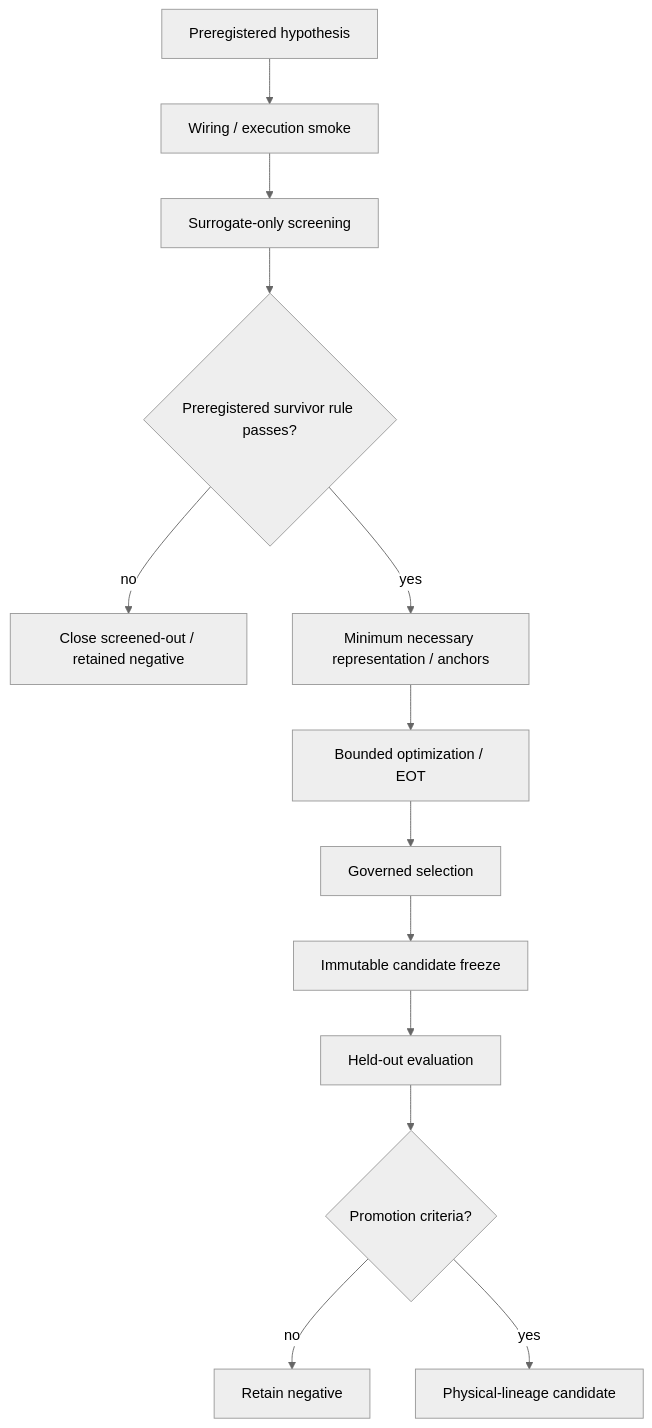
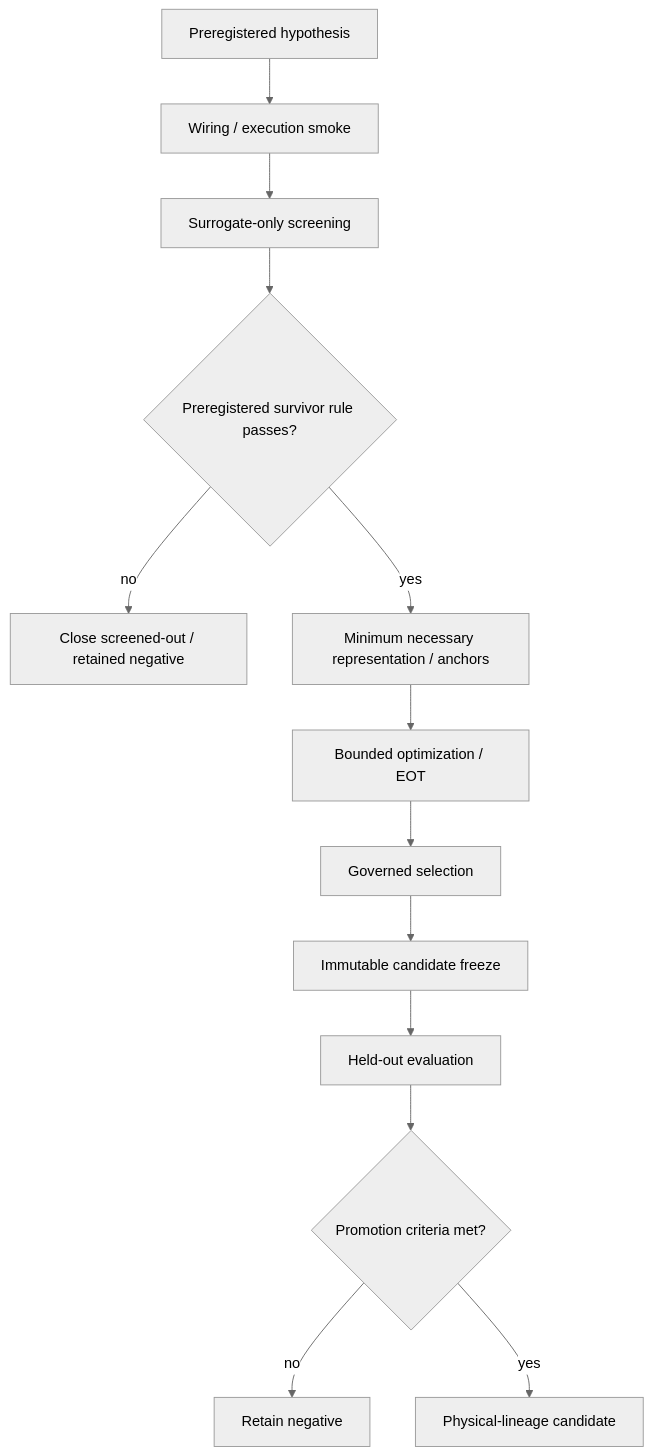
Before and after one commit to ninja-ops-guy/adversarial-clothing-pipeline: the third of 13 diagrams in docs/DIAGRAMS.md, drawn with Mermaid (neutral theme). The commit also changed other lines of this file, not shown here.

Commit message:
fix: harden Mermaid diagrams for GitHub rendering

````diff
--- a/docs/DIAGRAMS.md
+++ b/docs/DIAGRAMS.md
@@ -75,15 +77,15 @@
 ```mermaid
 flowchart TD
-    H[Preregistered hypothesis] --> S0[Wiring / execution smoke]
-    S0 --> S1[Surrogate-only screening]
-    S1 --> G{Preregistered survivor rule passes?}
-    G -- no --> N[Close screened-out / retained negative]
-    G -- yes --> A[Minimum necessary representation / anchors]
-    A --> O[Bounded optimization / EOT]
-    O --> SEL[Governed selection]
-    SEL --> F[Immutable candidate freeze]
-    F --> HO[Held-out evaluation]
-    HO --> P{Promotion criteria?}
-    P -- no --> R[Retain negative]
-    P -- yes --> PH[Physical-lineage candidate]
+    H["Preregistered hypothesis"] --> S0["Wiring / execution smoke"]
+    S0 --> S1["Surrogate-only screening"]
+    S1 --> G{"Preregistered survivor rule passes?"}
+    G -->|"no"| N["Close screened-out / retained negative"]
+    G -->|"yes"| A["Minimum necessary representation / anchors"]
+    A --> O["Bounded optimization / EOT"]
+    O --> SEL["Governed selection"]
+    SEL --> F["Immutable candidate freeze"]
+    F --> HO["Held-out evaluation"]
+    HO --> P{"Promotion criteria met?"}
+    P -->|"no"| R["Retain negative"]
+    P -->|"yes"| PH["Physical-lineage candidate"]
 ```
````
